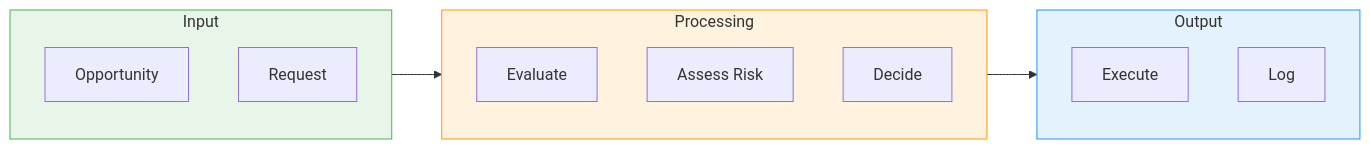
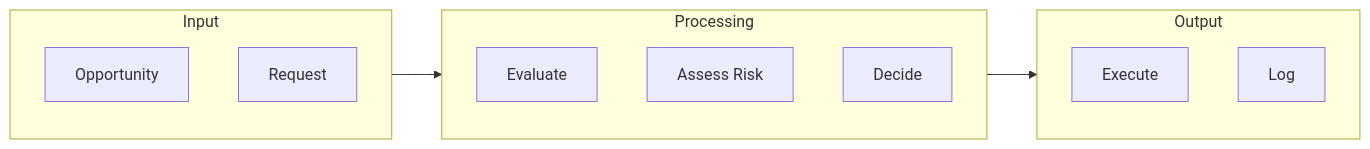
One commit to Dijo-404/Project_Cygnus changed the third of 4 diagrams in README.md. Above: the diagram before and after it, drawn with Mermaid. The commit also changed other lines of this file, not shown here.

````diff
--- a/README.md
+++ b/README.md
@@ -94,24 +90,22 @@
 ```mermaid
 flowchart LR
     subgraph INPUT["Input"]
         OPP[Opportunity]
         REQ[Request]
     end
 
     subgraph PROCESS["Processing"]
         EVAL[Evaluate]
         RISK[Assess Risk]
         DECIDE[Decide]
     end
 
     subgraph OUTPUT["Output"]
         EXEC[Execute]
         LOG[Log]
     end
 
     INPUT --> PROCESS --> OUTPUT
 
-    style INPUT fill:#e8f5e9,stroke:#4caf50
-    style PROCESS fill:#fff3e0,stroke:#ff9800
-    style OUTPUT fill:#e3f2fd,stroke:#2196f3
+
 ```
````
